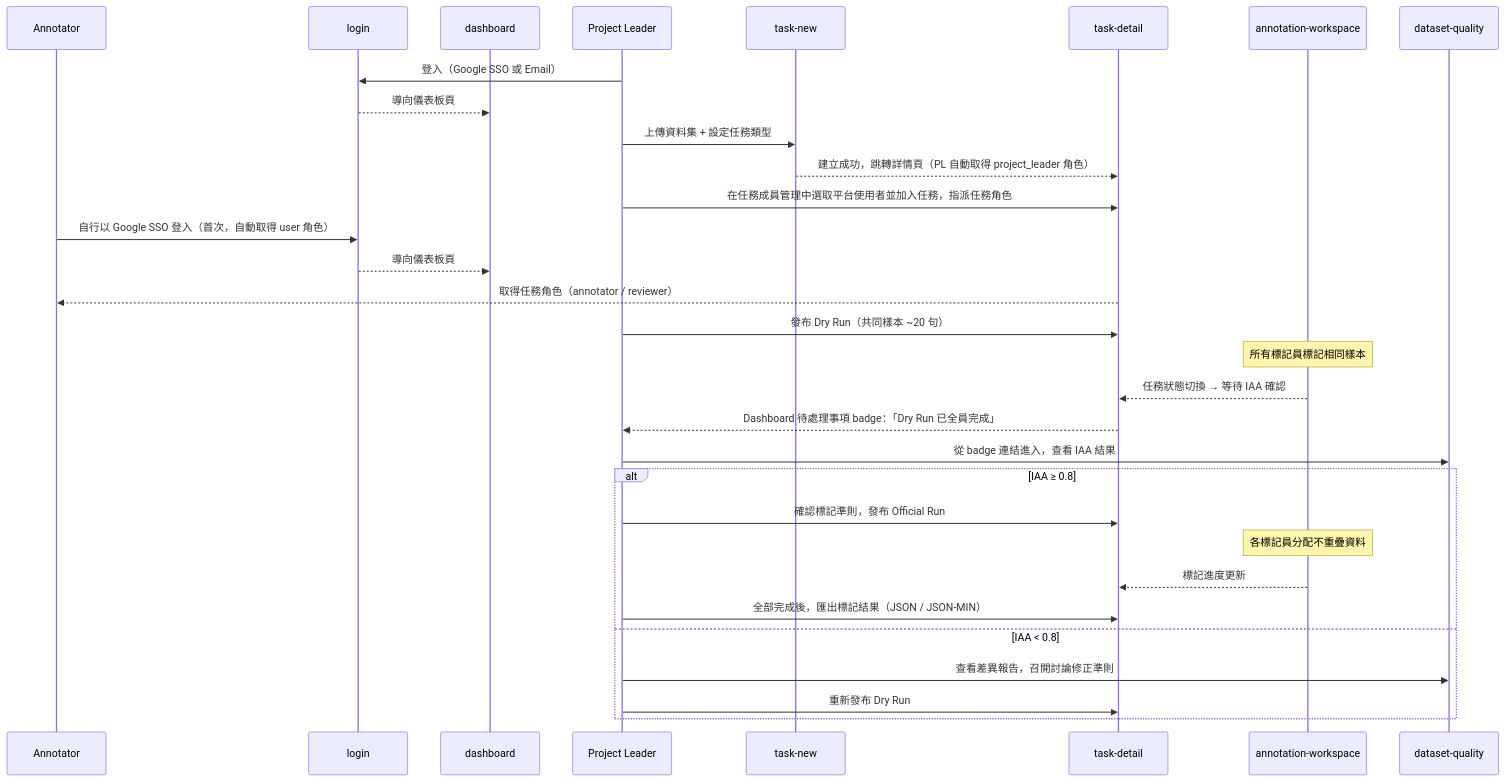
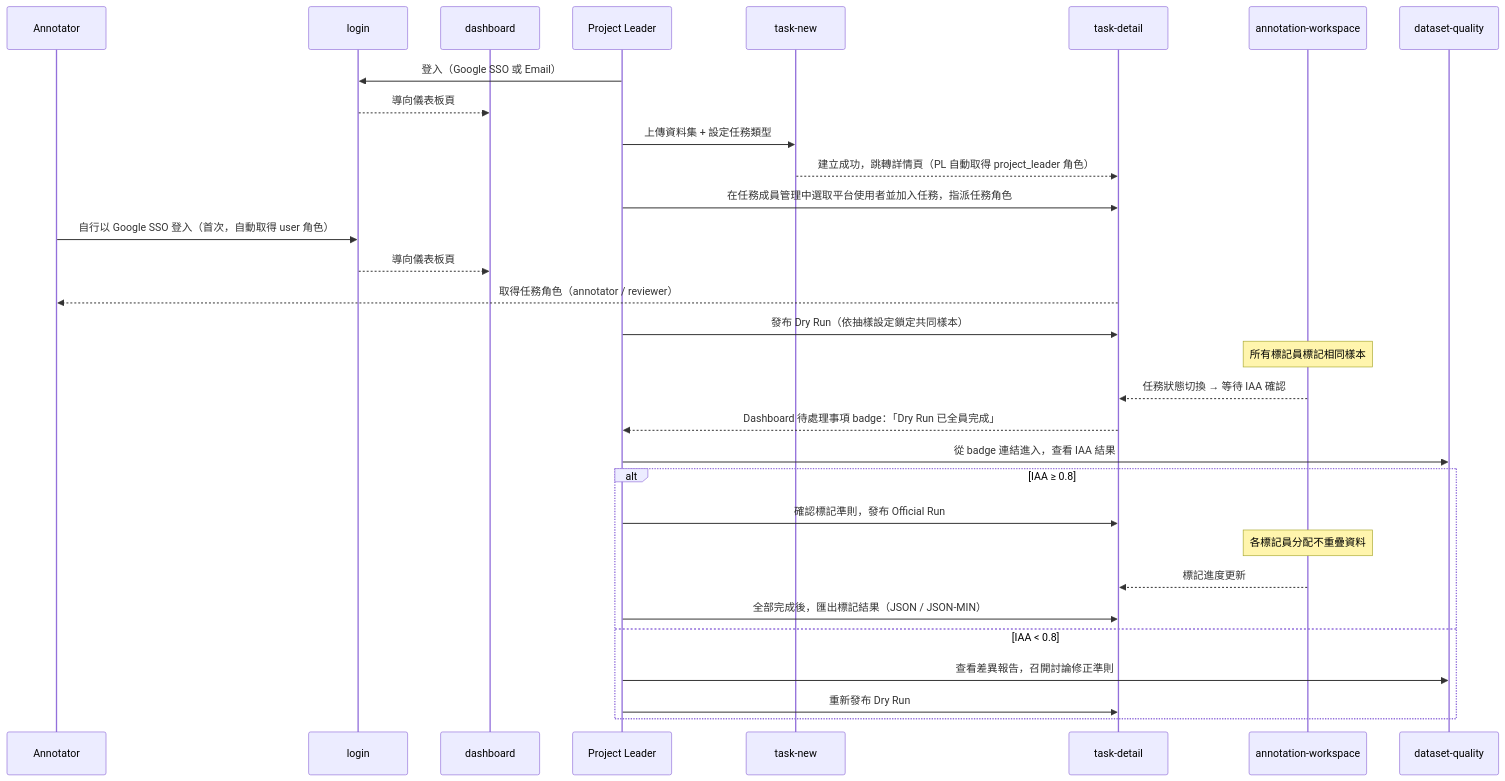
Before and after one commit to singyichen/label-suite: the second of 5 diagrams in docs/product/ia/information-architecture.md, drawn with Mermaid. The commit also changed other lines of this file, not shown here.

````diff
--- a/docs/product/ia/information-architecture.md
+++ b/docs/product/ia/information-architecture.md
@@ -418,34 +440,34 @@
 ```mermaid
 sequenceDiagram
   participant AN as Annotator
   participant LOGIN as login
   participant DASHBOARD as dashboard
   participant PL as Project Leader
   participant TN as task-new
   participant TD as task-detail
   participant AW as annotation-workspace
   participant DQ as dataset-quality
 
   PL->>LOGIN: 登入（Google SSO 或 Email）
   LOGIN-->>DASHBOARD: 導向儀表板頁
   PL->>TN: 上傳資料集 + 設定任務類型
   TN-->>TD: 建立成功，跳轉詳情頁（PL 自動取得 project_leader 角色）
   PL->>TD: 在任務成員管理中選取平台使用者並加入任務，指派任務角色
   AN->>LOGIN: 自行以 Google SSO 登入（首次，自動取得 user 角色）
   LOGIN-->>DASHBOARD: 導向儀表板頁
   TD-->>AN: 取得任務角色（annotator / reviewer）
-  PL->>TD: 發布 Dry Run（共同樣本 ~20 句）
+  PL->>TD: 發布 Dry Run（依抽樣設定鎖定共同樣本）
   Note over AW: 所有標記員標記相同樣本
   AW-->>TD: 任務狀態切換 → 等待 IAA 確認
   TD-->>PL: Dashboard 待處理事項 badge：「Dry Run 已全員完成」
   PL->>DQ: 從 badge 連結進入，查看 IAA 結果
   alt IAA ≥ 0.8
     PL->>TD: 確認標記準則，發布 Official Run
     Note over AW: 各標記員分配不重疊資料
     AW-->>TD: 標記進度更新
     PL->>TD: 全部完成後，匯出標記結果（JSON / JSON-MIN）
   else IAA < 0.8
     PL->>DQ: 查看差異報告，召開討論修正準則
     PL->>TD: 重新發布 Dry Run
   end
 ```
````
